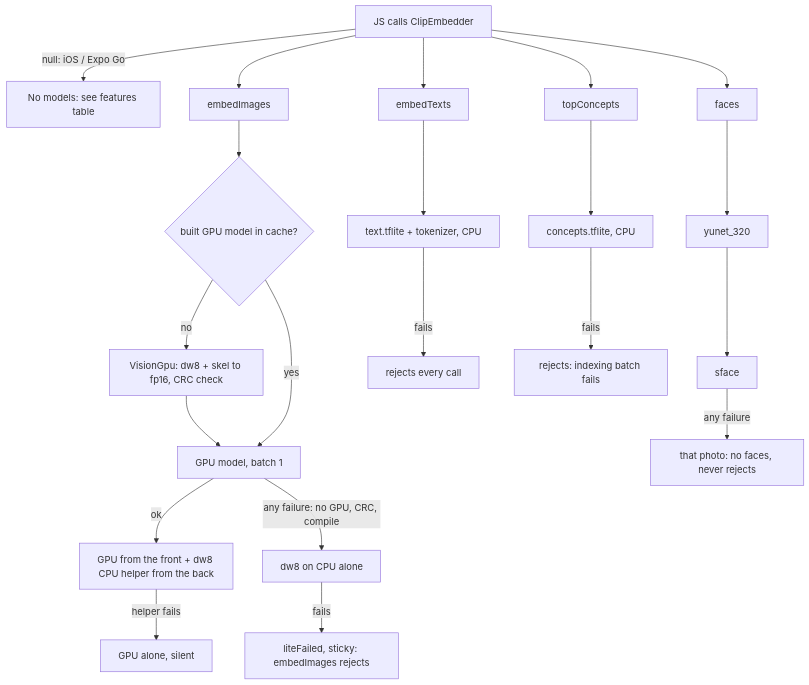
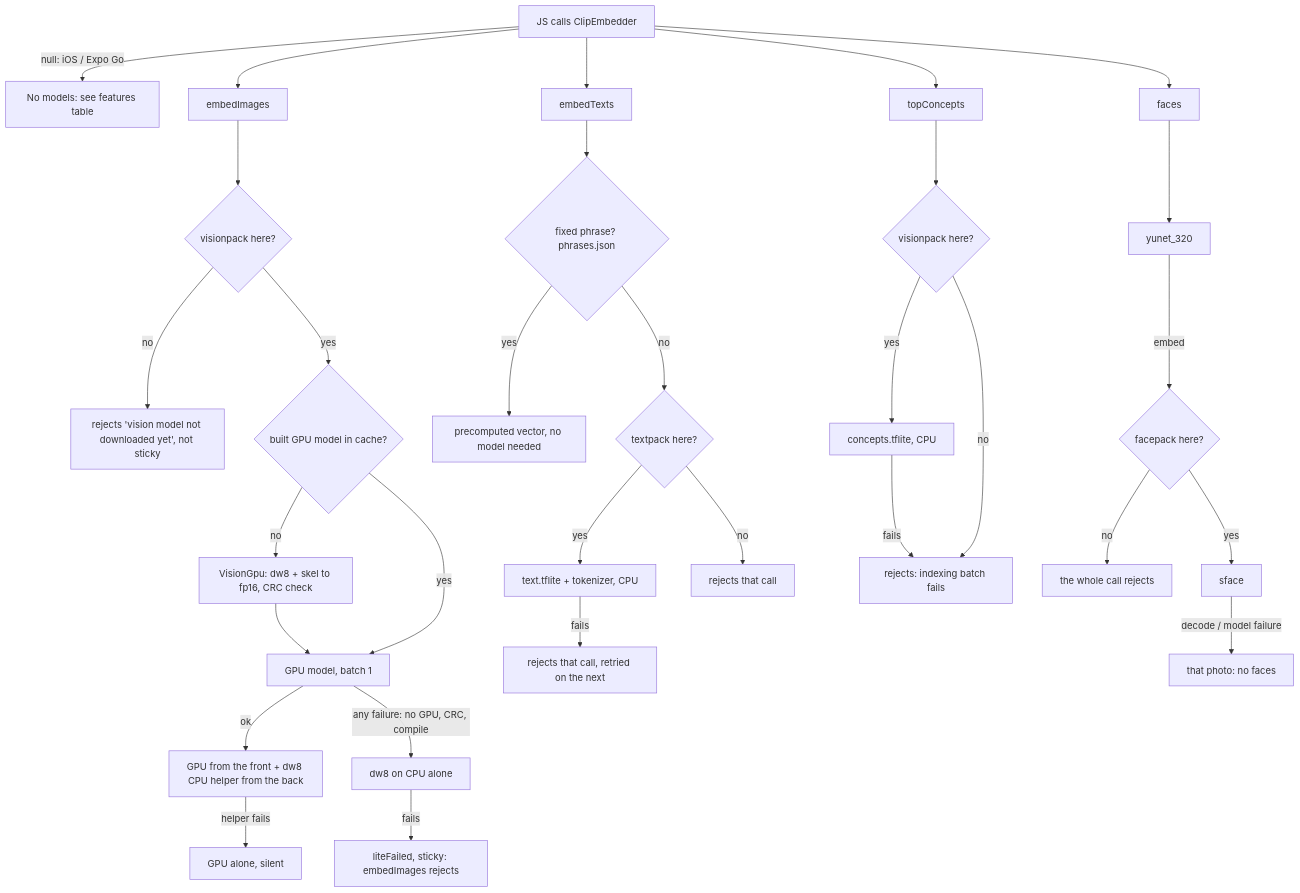
One commit to kerembay9/daydump-app changed the second of 2 diagrams in MODELS.md. Above: the diagram before and after it, drawn with Mermaid. The commit also changed other lines of this file and 28 other files, not shown here.

````diff
--- a/MODELS.md
+++ b/MODELS.md
@@ -27,21 +63,30 @@
 ```mermaid
 flowchart TD
   JS[JS calls ClipEmbedder] -->|null: iOS / Expo Go| NONE[No models: see features table]
   JS --> IMG[embedImages]
   JS --> TXT[embedTexts]
   JS --> CON[topConcepts]
   JS --> FACE[faces]
 
-  IMG --> BUILD{built GPU model in cache?}
+  IMG --> VP{visionpack here?}
+  VP -->|no| VREJ[rejects 'vision model not downloaded yet', not sticky]
+  VP -->|yes| BUILD{built GPU model in cache?}
   BUILD -->|no| VG[VisionGpu: dw8 + skel to fp16, CRC check]
   BUILD -->|yes| GPU
   VG --> GPU[GPU model, batch 1]
   GPU -->|ok| PAR[GPU from the front + dw8 CPU helper from the back]
   PAR -->|helper fails| GPUONLY[GPU alone, silent]
   GPU -->|any failure: no GPU, CRC, compile| CPU8[dw8 on CPU alone]
   CPU8 -->|fails| FAIL[liteFailed, sticky: embedImages rejects]
 
-  TXT --> TM[text.tflite + tokenizer, CPU] -->|fails| TREJ[rejects every call]
-  CON --> CM[concepts.tflite, CPU] -->|fails| CREJ[rejects: indexing batch fails]
-  FACE --> YN[yunet_320] --> SF[sface] -->|any failure| NOF[that photo: no faces, never rejects]
+  TXT --> FIX{fixed phrase? phrases.json}
+  FIX -->|yes| FIXV[precomputed vector, no model needed]
+  FIX -->|no| HAVE{textpack here?}
+  HAVE -->|yes| TM[text.tflite + tokenizer, CPU] -->|fails| TREJ[rejects that call, retried on the next]
+  HAVE -->|no| FETCH[rejects that call]
+  CON --> CP{visionpack here?} -->|yes| CM[concepts.tflite, CPU] -->|fails| CREJ[rejects: indexing batch fails]
+  CP -->|no| CREJ
+  FACE --> YN[yunet_320] -->|embed| FP{facepack here?}
+  FP -->|no| FREJ[the whole call rejects]
+  FP -->|yes| SF[sface] -->|decode / model failure| NOF[that photo: no faces]
 ```
````
